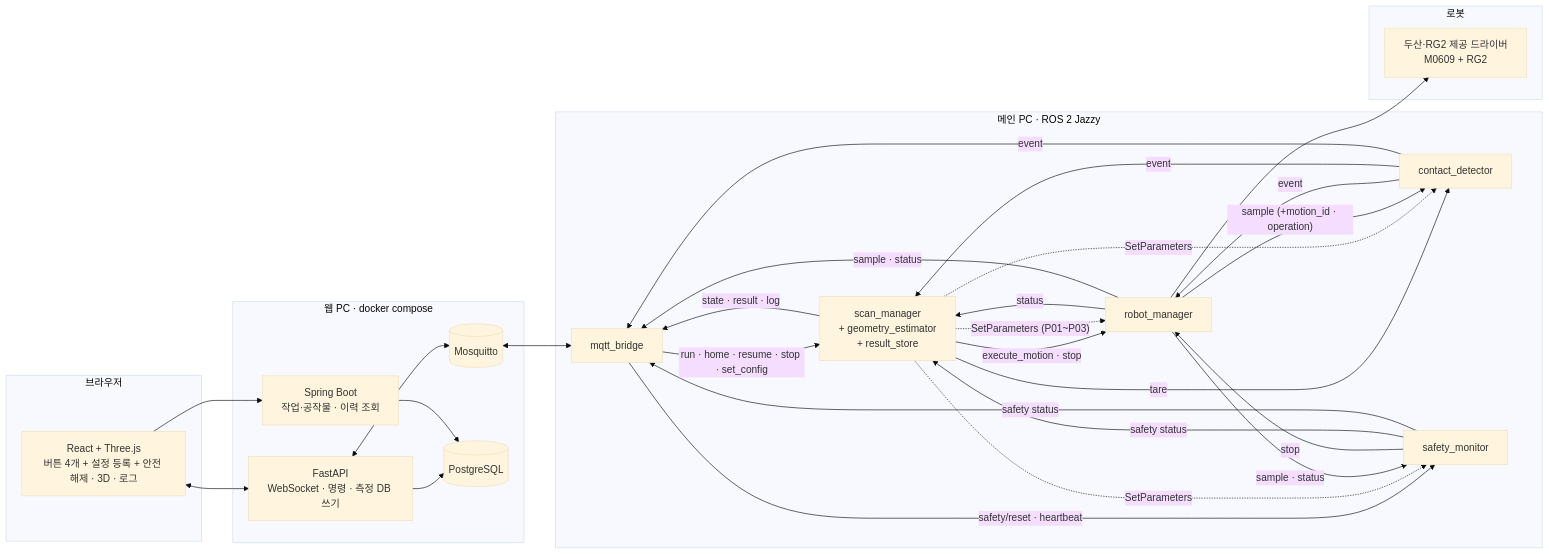
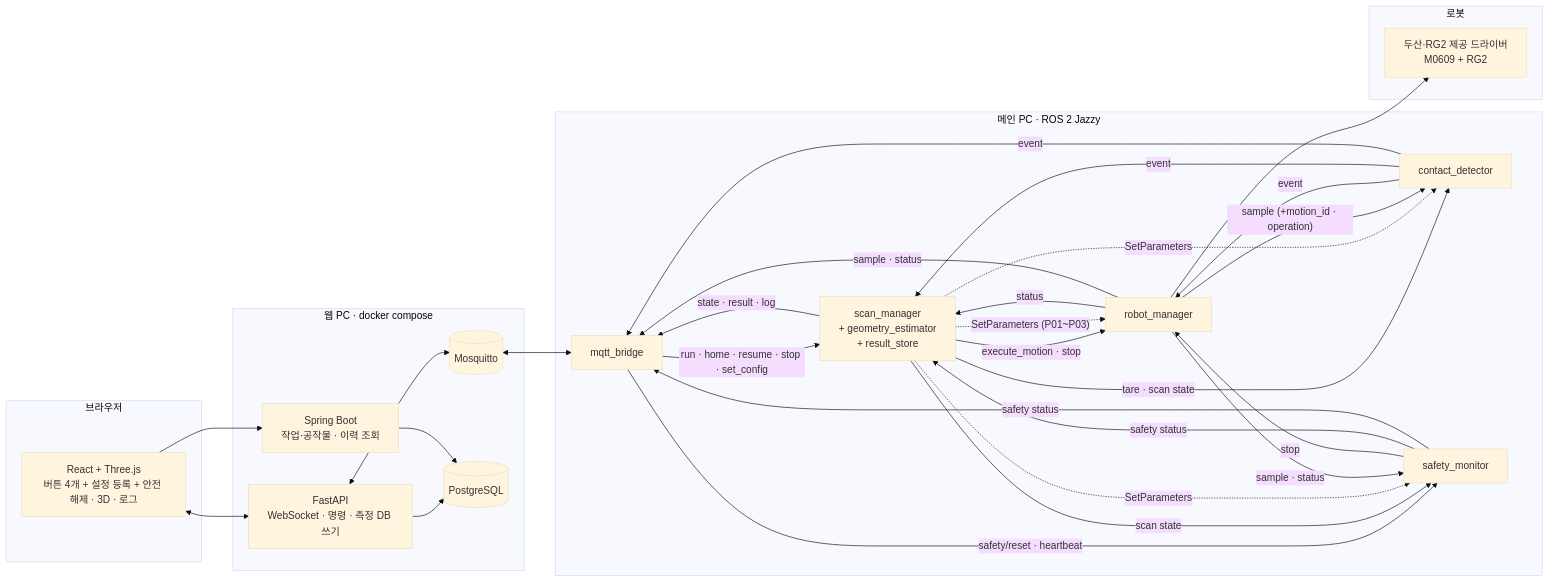
The diagram in docs/architecture.md (yujh5537/rokey_cobot1_Weld-Made), drawn with Mermaid (base theme) before and after one commit. The commit also changed 1 other file, not shown here.

Commit message:
docs: PR #48 리뷰 정정 2건 (정의서 #22·#24를 12.3절로 대체 표기, architecture.md에 /scan/state 선 추가)

````diff
--- a/docs/architecture.md
+++ b/docs/architecture.md
@@ -6,47 +6,48 @@
 ```mermaid
 flowchart LR
   subgraph B[브라우저]
     UI[React + Three.js<br/>버튼 4개 + 설정 등록 + 안전 해제 · 3D · 로그]
   end
   subgraph W[웹 PC · docker compose]
     FA[FastAPI<br/>WebSocket · 명령 · 측정 DB 쓰기]
     SB[Spring Boot<br/>작업·공작물 · 이력 조회]
     MQ[(Mosquitto)]
     PG[(PostgreSQL)]
   end
   subgraph M[메인 PC · ROS 2 Jazzy]
     BR[mqtt_bridge]
     SM[scan_manager<br/>+ geometry_estimator<br/>+ result_store]
     RM[robot_manager]
     CD[contact_detector]
     SF[safety_monitor]
   end
   subgraph R[로봇]
     DSR[두산·RG2 제공 드라이버<br/>M0609 + RG2]
   end
   UI <--> FA
   UI --> SB
   FA <--> MQ
   FA --> PG
   SB --> PG
   MQ <--> BR
   BR -- "run · home · resume · stop · set_config" --> SM
   SM -- "state · result · log" --> BR
   BR -- "safety/reset · heartbeat" --> SF
   SM -- "execute_motion · stop" --> RM
-  SM -- "tare" --> CD
+  SM -- "tare · scan state" --> CD
+  SM -- "scan state" --> SF
   SM -. "SetParameters (P01~P03)" .-> RM
   SM -. "SetParameters" .-> CD
   SM -. "SetParameters" .-> SF
   RM --> DSR
   RM -- "sample (+motion_id · operation)" --> CD
   RM -- "sample · status" --> SF
   RM -- "status" --> SM
   RM -- "sample · status" --> BR
   CD -- event --> RM
   CD -- event --> SM
   CD -- event --> BR
   SF -- stop --> RM
   SF -- "safety status" --> SM
   SF -- "safety status" --> BR
 ```
````
